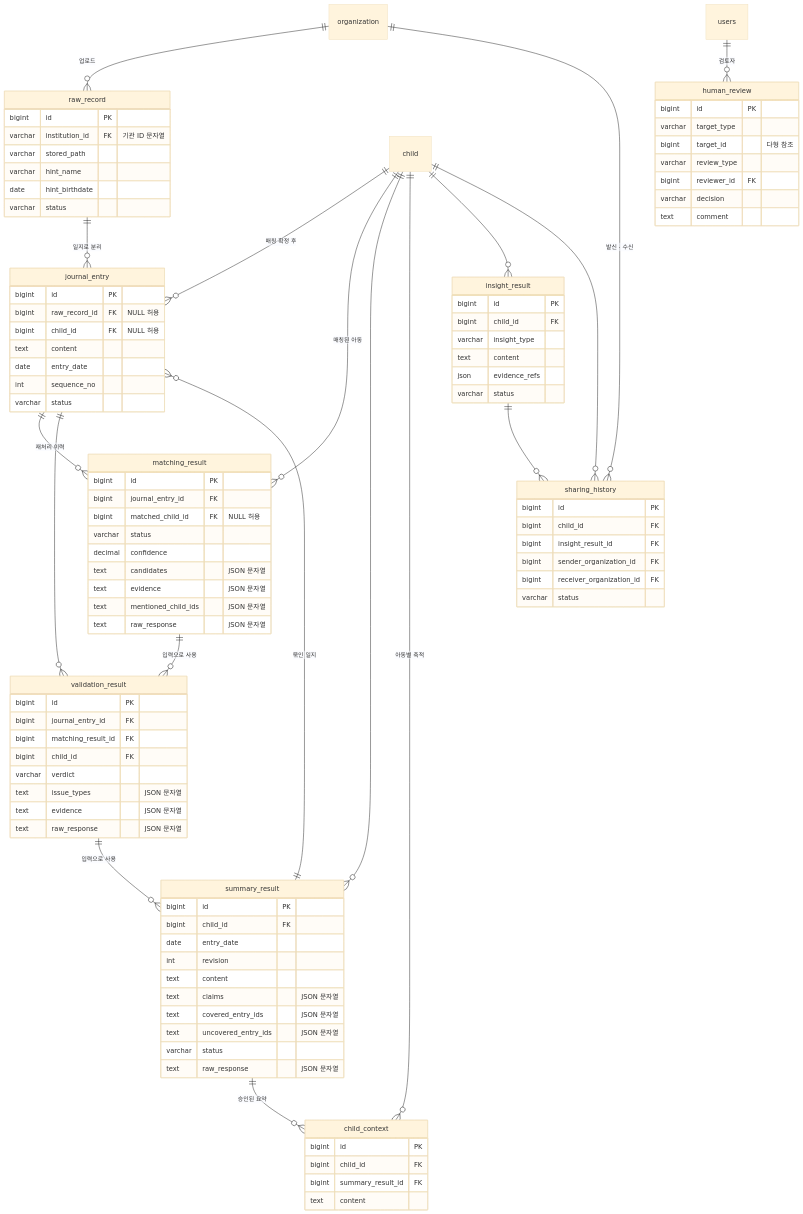
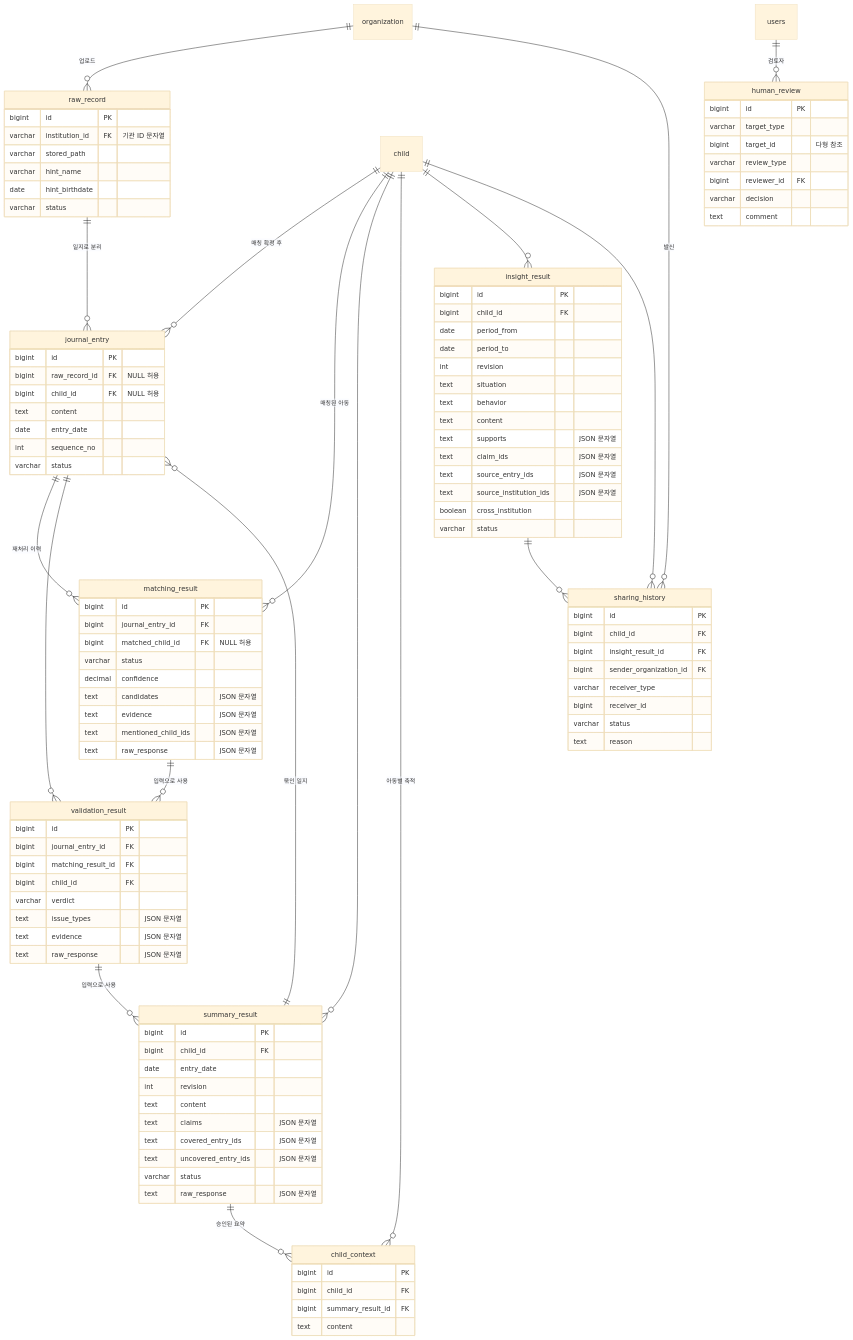
The second of 2 diagrams in docs/db/schema.md (kakaotechcampus-4/ktc4-kyungpook-2), drawn with Mermaid (base theme) before and after one commit. The commit also changed other lines of this file, not shown here.

Commit message:
docs: insight_result·sharing_history·human_review 설계

````diff
--- a/docs/db/schema.md
+++ b/docs/db/schema.md
@@ -166,7 +167,7 @@
     child ||--o{ insight_result : ""
     insight_result ||--o{ sharing_history : ""
     child ||--o{ sharing_history : ""
-    organization ||--o{ sharing_history : "발신 · 수신"
+    organization ||--o{ sharing_history : "발신"
 
     raw_record {
         bigint id PK
@@ -236,9 +237,17 @@
     insight_result {
         bigint id PK
         bigint child_id FK
-        varchar insight_type
+        date period_from
+        date period_to
+        int revision
+        text situation
+        text behavior
         text content
-        json evidence_refs
+        text supports "JSON 문자열"
+        text claim_ids "JSON 문자열"
+        text source_entry_ids "JSON 문자열"
+        text source_institution_ids "JSON 문자열"
+        boolean cross_institution
         varchar status
     }
     sharing_history {
@@ -246,7 +255,9 @@
         bigint child_id FK
         bigint insight_result_id FK
         bigint sender_organization_id FK
-        bigint receiver_organization_id FK
+        varchar receiver_type
+        bigint receiver_id
         varchar status
+        text reason
     }
 ```
````
